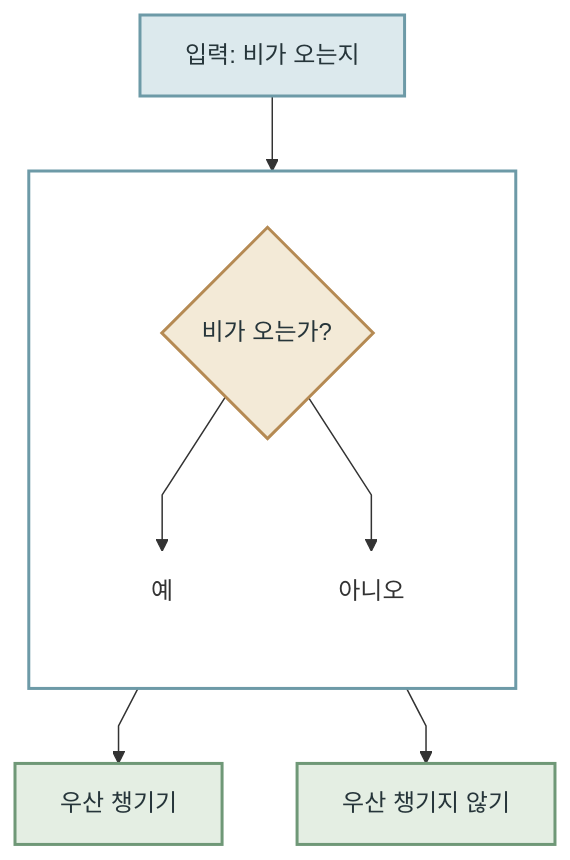
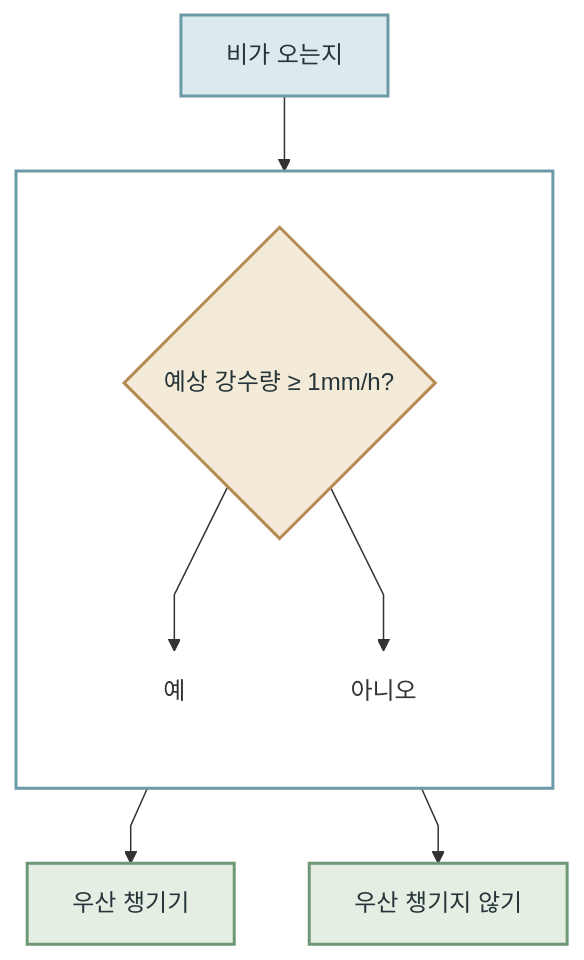
Before and after one commit to qu3vipon/the-hitchhikers-guide-to-ai: the second of 2 diagrams in docs/llm/01-machine-learning.md, drawn with Mermaid. The commit also changed other lines of this file and 2 other files, not shown here.

````diff
--- a/docs/llm/01-machine-learning.md
+++ b/docs/llm/01-machine-learning.md
@@ -39,25 +55,25 @@
 ```mermaid
 %%{init: {"flowchart": {"curve": "linear"}} }%%
 flowchart TB
-    input[입력: 비가 오는지] --> rain
+    input[비가 오는지] --> rain
 
     subgraph program[ ]
         direction TB
-        rain{비가 오는가?}
+        rain{예상 강수량 ≥ 1mm/h?}
         rain --> yesRoute[예]
         rain --> noRoute[아니오]
     end
 
     yesRoute --> yes[우산 챙기기]
     noRoute --> no[우산 챙기지 않기]
 
     classDef boxStyle fill:#dce9ed,stroke:#6d9aa7,stroke-width:2px,color:#26353a
     classDef decisionStyle fill:#f3ead7,stroke:#b58a53,stroke-width:2px,color:#26353a
     classDef choiceStyle fill:#e4eee3,stroke:#6f9877,stroke-width:2px,color:#26353a
     classDef routeStyle fill:transparent,stroke:transparent
     class input boxStyle
     class rain decisionStyle
     class yes,no choiceStyle
     class yesRoute,noRoute routeStyle
     style program fill:transparent,stroke:#6d9aa7,stroke-width:2px
 ```
````
